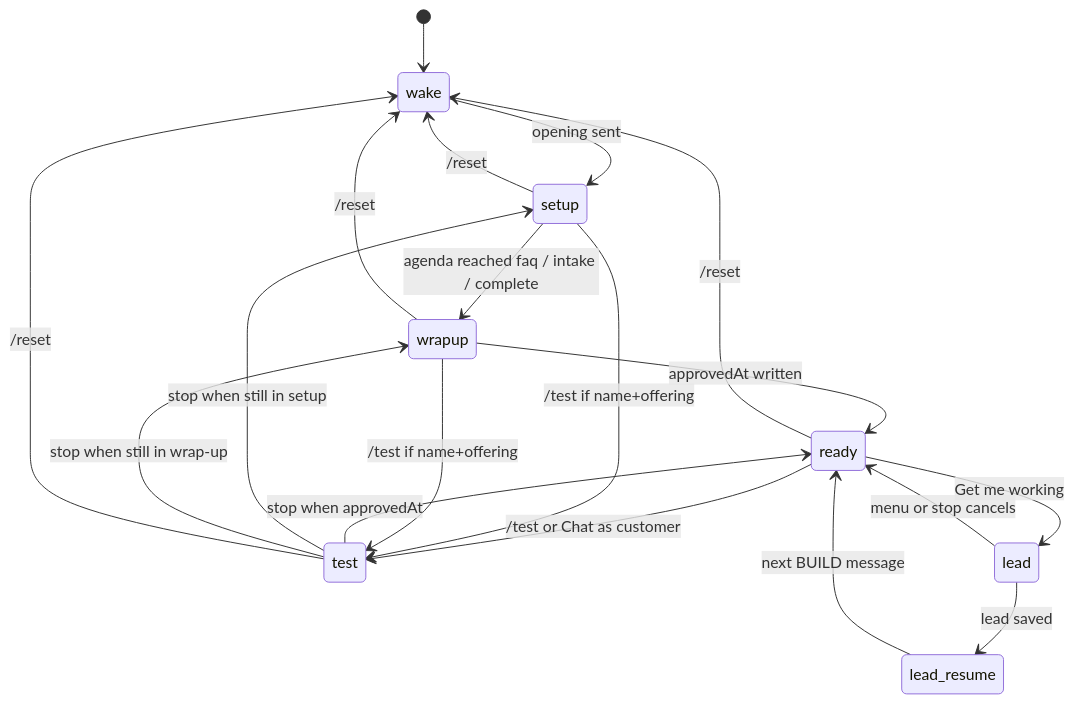
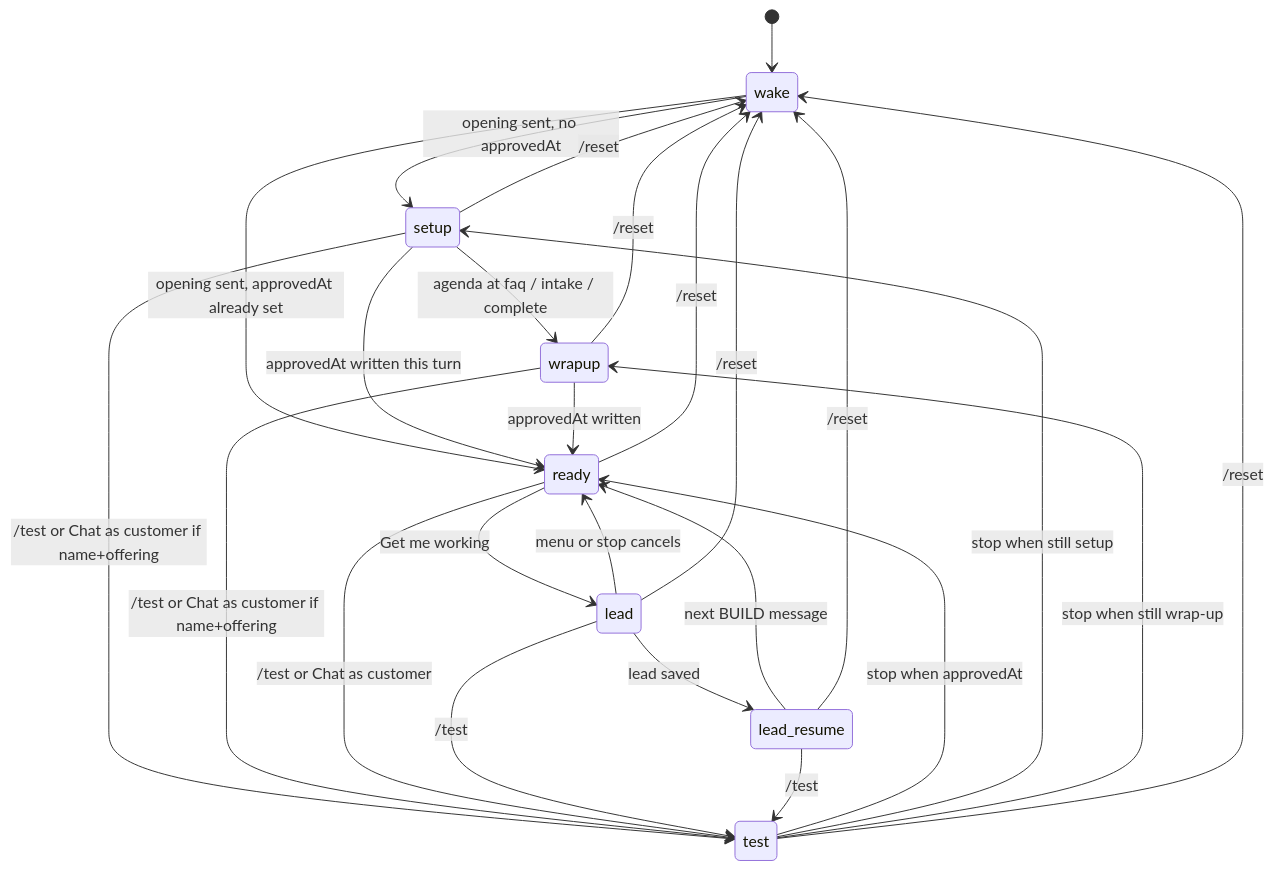
Before and after one commit to ofirbedarshi/easyBot: the first of 2 diagrams in BUILDER.md, drawn with Mermaid. The commit also changed other lines of this file and 7 other files, not shown here.

````diff
--- a/BUILDER.md
+++ b/BUILDER.md
@@ -41,21 +43,27 @@
 ```mermaid
 stateDiagram-v2
   [*] --> wake
-  wake --> setup: opening sent
-  setup --> wrapup: agenda reached faq / intake / complete
+  wake --> setup: opening sent, no approvedAt
+  wake --> ready: opening sent, approvedAt already set
+  setup --> wrapup: agenda at faq / intake / complete
+  setup --> ready: approvedAt written this turn
   wrapup --> ready: approvedAt written
+  setup --> test: /test or Chat as customer if name+offering
+  wrapup --> test: /test or Chat as customer if name+offering
   ready --> test: /test or Chat as customer
-  setup --> test: /test if name+offering
-  wrapup --> test: /test if name+offering
   test --> ready: stop when approvedAt
-  test --> setup: stop when still in setup
-  test --> wrapup: stop when still in wrap-up
+  test --> setup: stop when still setup
+  test --> wrapup: stop when still wrap-up
   ready --> lead: Get me working
   lead --> lead_resume: lead saved
   lead --> ready: menu or stop cancels
+  lead --> test: /test
   lead_resume --> ready: next BUILD message
+  lead_resume --> test: /test
   ready --> wake: /reset
   setup --> wake: /reset
   wrapup --> wake: /reset
   test --> wake: /reset
+  lead --> wake: /reset
+  lead_resume --> wake: /reset
 ```
````
